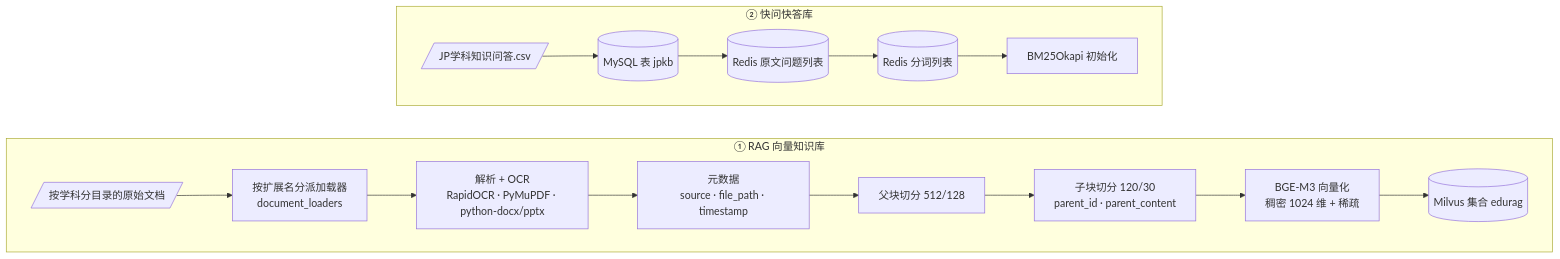
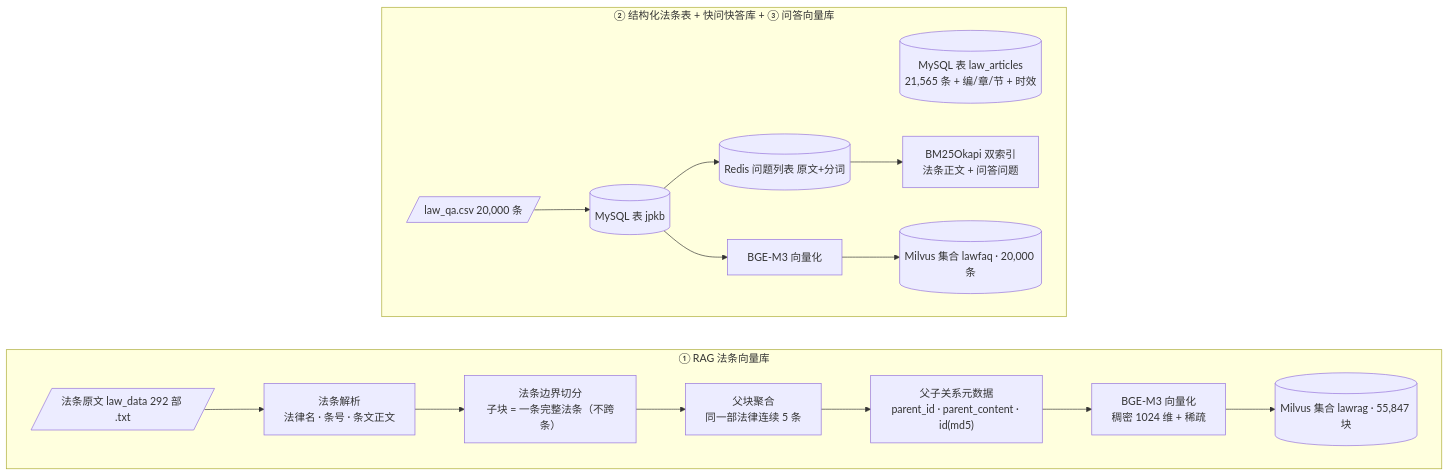
Before and after one commit to yanxiao-ci/lawrag: the second of 4 diagrams in docs/RAG项目流程图说明.md, drawn with Mermaid. The commit also changed other lines of this file and 341 other files, not shown here.

````diff
--- a/docs/RAG项目流程图说明.md
+++ b/docs/RAG项目流程图说明.md
@@ -109,20 +138,20 @@
 ```mermaid
 flowchart LR
-  subgraph S1[① RAG 向量知识库]
+  subgraph S1[① RAG 法条向量库]
     direction LR
-    A1[/按学科分目录的原始文档/] --> A2["按扩展名分派加载器<br/>document_loaders"]
-    A2 --> A3["解析 + OCR<br/>RapidOCR · PyMuPDF · python-docx/pptx"]
-    A3 --> A4["元数据<br/>source · file_path · timestamp"]
-    A4 --> A5["父块切分 512/128"]
-    A5 --> A6["子块切分 120/30<br/>parent_id · parent_content"]
-    A6 --> A7["BGE-M3 向量化<br/>稠密 1024 维 + 稀疏"]
-    A7 --> A8[(Milvus 集合 edurag)]
+    A1[/法条原文 law_data 292 部 .txt/] --> A2["法条解析<br/>法律名 · 条号 · 条文正文"]
+    A2 --> A3["法条边界切分<br/>子块 = 一条完整法条（不跨条）"]
+    A3 --> A4["父块聚合<br/>同一部法律连续 5 条"]
+    A4 --> A5["父子关系元数据<br/>parent_id · parent_content · id(md5)"]
+    A5 --> A6["BGE-M3 向量化<br/>稠密 1024 维 + 稀疏"]
+    A6 --> A7[(Milvus 集合 lawrag · 55,847 块)]
   end
-  subgraph S2[② 快问快答库]
+  subgraph S2[② 结构化法条表 + 快问快答库 + ③ 问答向量库]
     direction LR
-    B1[/JP学科知识问答.csv/] --> B2[(MySQL 表 jpkb)]
-    B2 --> B3[(Redis 原文问题列表)]
-    B3 --> B4[(Redis 分词列表)]
-    B4 --> B5["BM25Okapi 初始化"]
+    B1[(MySQL 表 law_articles<br/>21,565 条 + 编/章/节 + 时效)]
+    B2[/law_qa.csv 20,000 条/] --> B3[(MySQL 表 jpkb)]
+    B3 --> B4[(Redis 问题列表 原文+分词)]
+    B4 --> B5["BM25Okapi 双索引<br/>法条正文 + 问答问题"]
+    B3 --> B6["BGE-M3 向量化"] --> B7[(Milvus 集合 lawfaq · 20,000 条)]
   end
 ```
````
